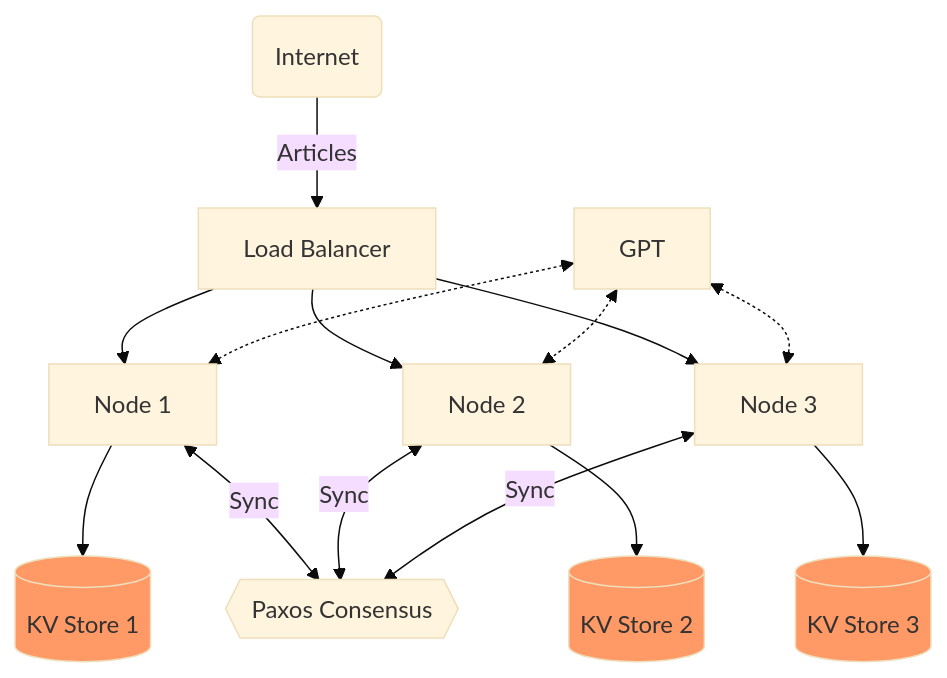
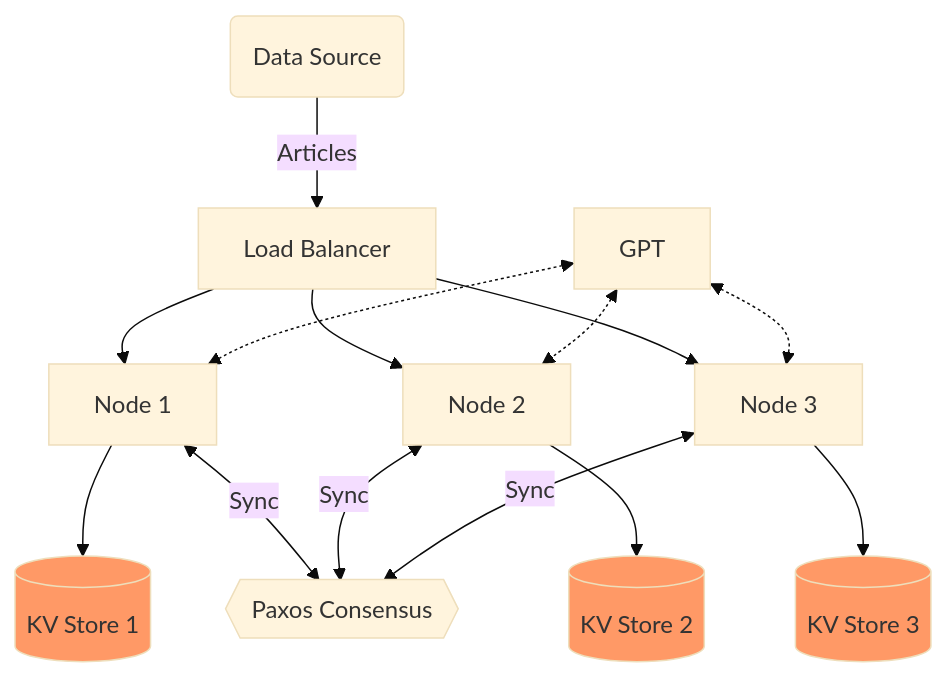
The second of 8 diagrams in README.md (L0Lmaker/DistributedSemanticAnalysis), drawn with Mermaid (base theme) before and after one commit. The commit also changed other lines of this file, not shown here.

````diff
--- a/README.md
+++ b/README.md
@@ -124,19 +211,19 @@
 ```mermaid
 flowchart TB
-    internet(Internet) -->|Articles| LB[Load Balancer]
+    internet(Data Source) -->|Articles| LB[Load Balancer]
     LB --> N1[Node 1]
     LB --> N2[Node 2]
     LB --> N3[Node 3]
     N1 --> KV1[(KV Store 1)]
     N2 --> KV2[(KV Store 2)]
     N3 --> KV3[(KV Store 3)]
     PAXOS{{"Paxos Consensus"}}
     N1 <-->|Sync| PAXOS
     N2 <-->|Sync| PAXOS
     N3 <-->|Sync| PAXOS
     GPT <-.-> N1
     GPT <-.-> N2
     GPT <-.-> N3
     classDef kvstore fill:#f96;
     class KV1,KV2,KV3 kvstore;
 ```
````
